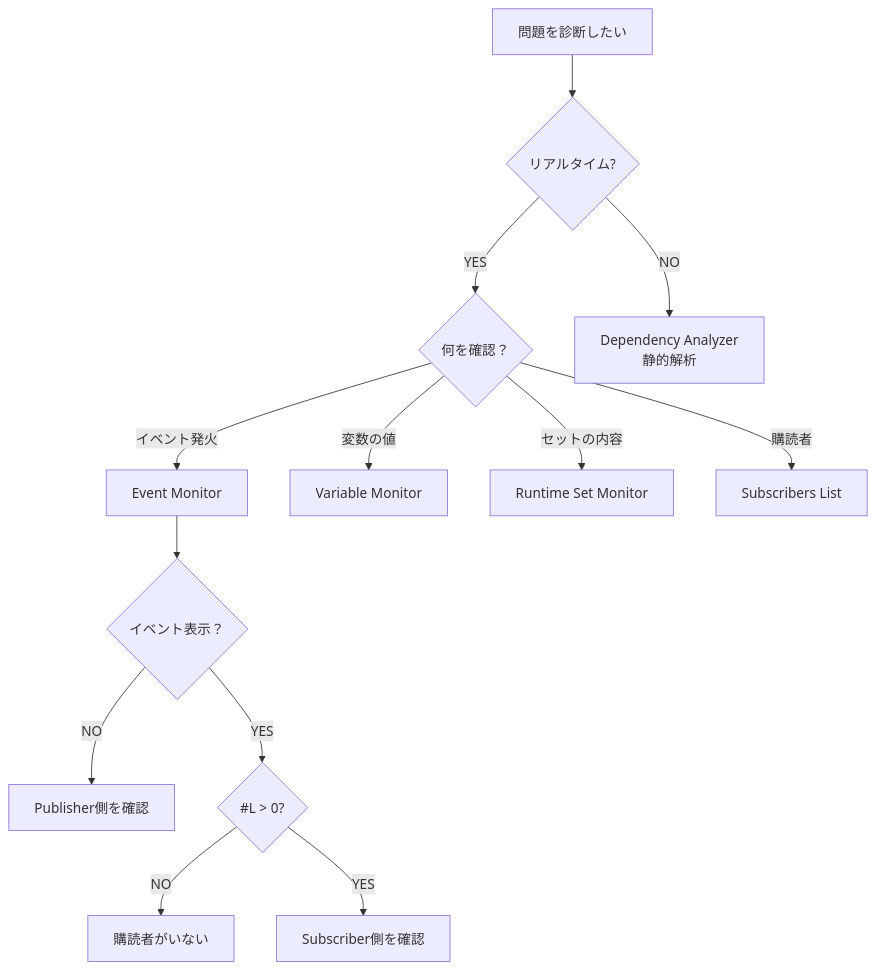
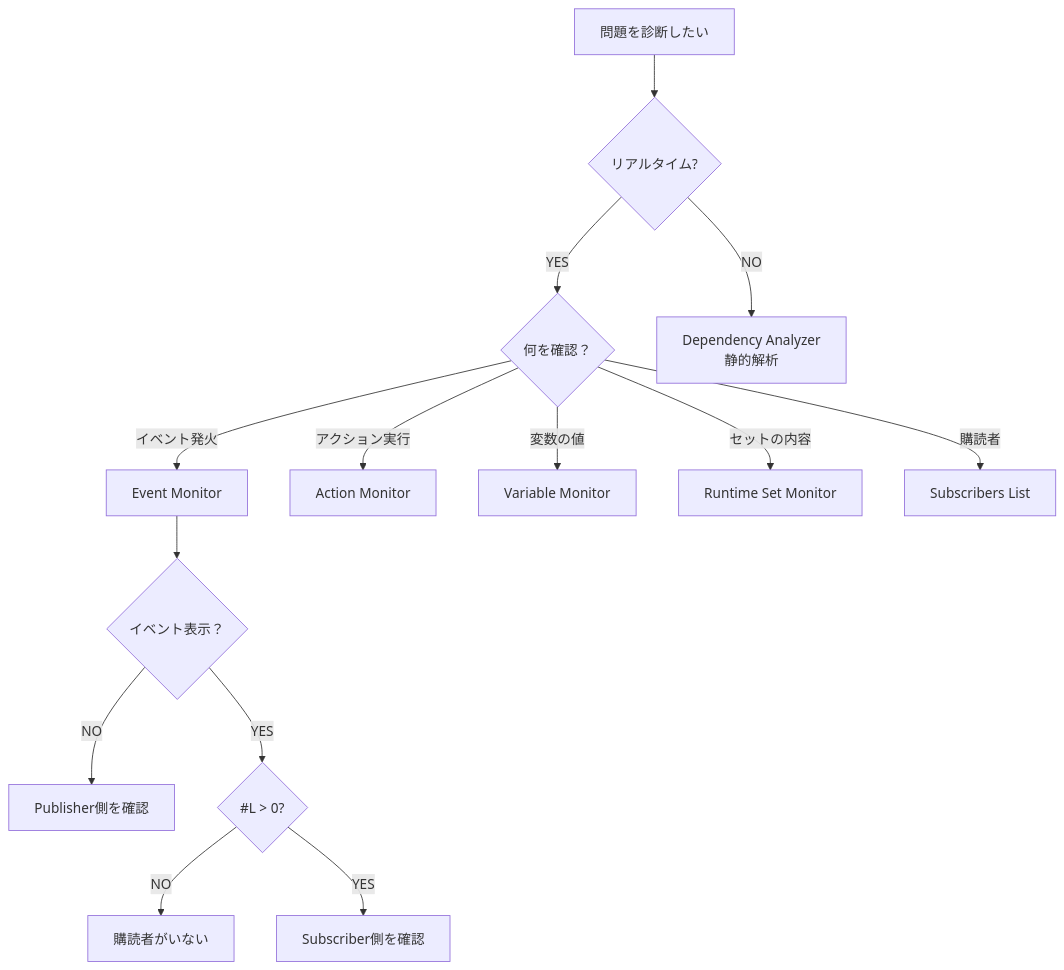
One commit to tang3cko/ReactiveSO-docs changed the diagram in ja/debugging/index.md. Above: the diagram before and after it, drawn with Mermaid. The commit also changed other lines of this file and 16 other files, not shown here.

````diff
--- a/ja/debugging/index.md
+++ b/ja/debugging/index.md
@@ -36,17 +37,18 @@
 ```mermaid
 graph TB
     A["問題を診断したい"] --> B{"リアルタイム?"}
     B -->|YES| C{"何を確認？"}
     B -->|NO| D["Dependency Analyzer<br/>静的解析"]
 
     C -->|イベント発火| E["Event Monitor"]
+    C -->|アクション実行| J["Action Monitor"]
     C -->|変数の値| F["Variable Monitor"]
     C -->|セットの内容| G["Runtime Set Monitor"]
     C -->|購読者| H["Subscribers List"]
 
     E --> I{"イベント表示？"}
-    I -->|NO| J["Publisher側を確認"]
-    I -->|YES| K{"#L > 0?"}
-    K -->|NO| L["購読者がいない"]
-    K -->|YES| M["Subscriber側を確認"]
+    I -->|NO| K["Publisher側を確認"]
+    I -->|YES| L{"#L > 0?"}
+    L -->|NO| M["購読者がいない"]
+    L -->|YES| N["Subscriber側を確認"]
 ```
````
